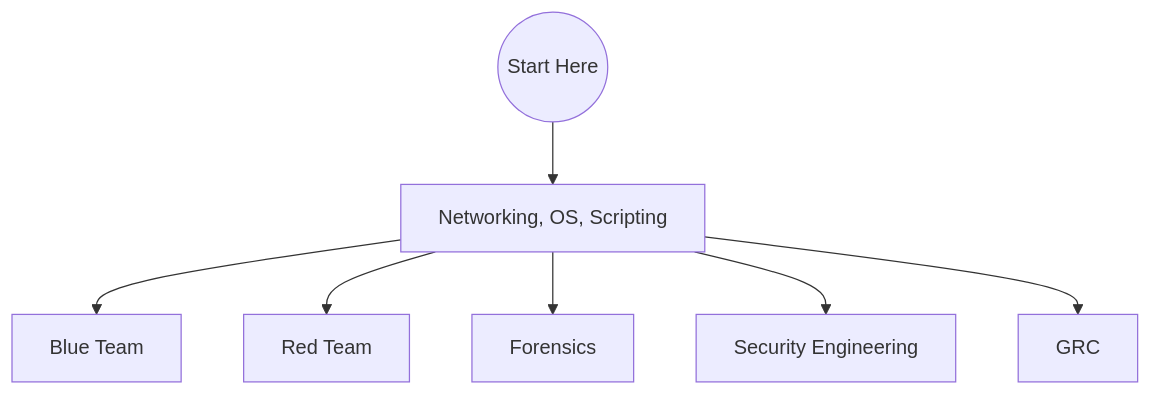
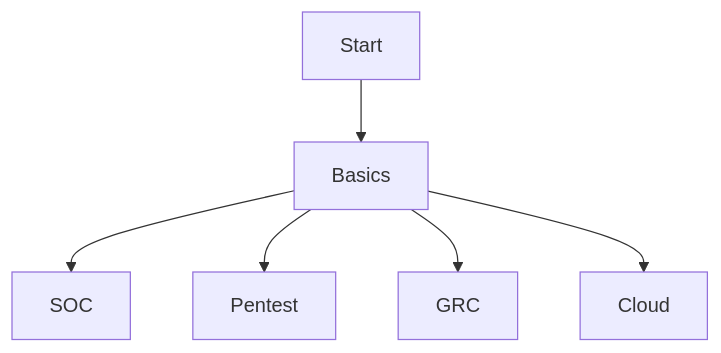
Before and after one commit to K921-cyber/cybersecurity-basics: the second of 2 diagrams in README.md, drawn with Mermaid. The commit also changed other lines of this file, not shown here.

````diff
--- a/README.md
+++ b/README.md
@@ -138,9 +208,8 @@
 ```mermaid
 graph TD
-    Start((Start Here)) --> Basics[Networking, OS, Scripting]
-    Basics --> Blue[Blue Team]
-    Basics --> Red[Red Team]
-    Basics --> Purple[Forensics]
-    Basics --> Orange[Security Engineering]
-    Basics --> Green[GRC]
+    Start --> Basics
+    Basics --> SOC
+    Basics --> Pentest
+    Basics --> GRC
+    Basics --> Cloud
 ```
````
